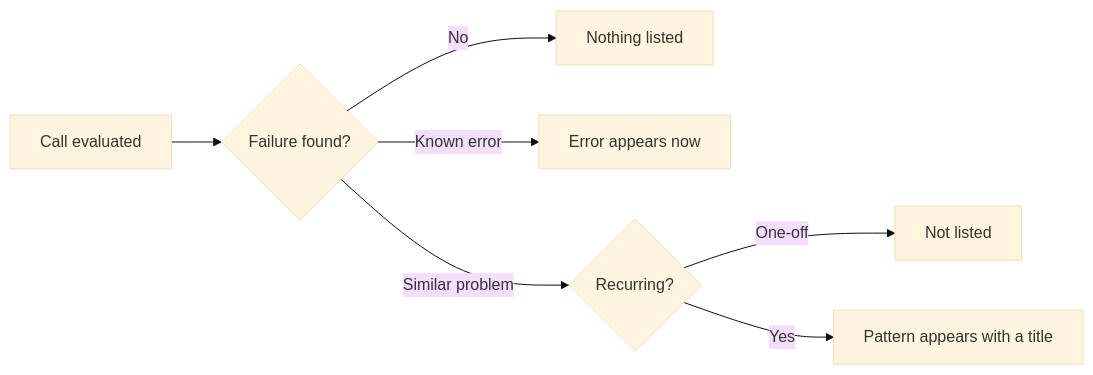
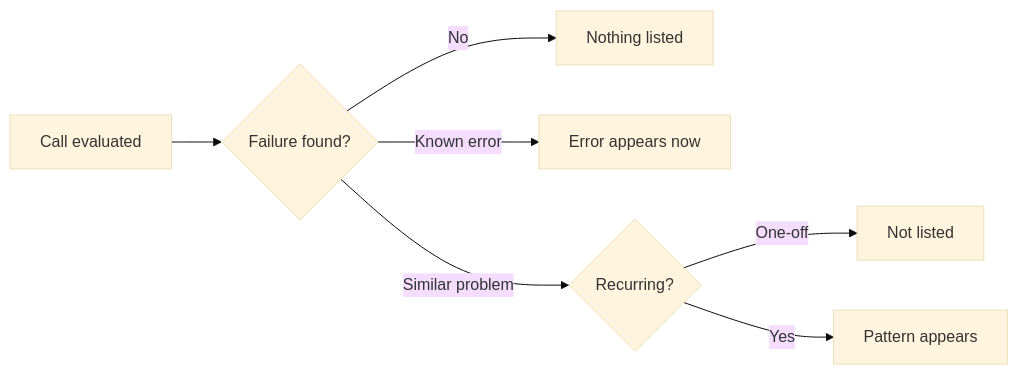
The diagram in key-concepts/issues/overview.mdx (bluejay-ai-dev/docs), drawn with Mermaid (base theme) before and after one commit. The commit also changed other lines of this file and 2 other files, not shown here.

First line of the commit message:
Stop gating Pattern appearance on having a title.

````diff
--- a/key-concepts/issues/overview.mdx
+++ b/key-concepts/issues/overview.mdx
@@ -19,9 +19,9 @@
 ```mermaid
 flowchart LR
     Call[Call evaluated] --> Fail{Failure found?}
     Fail -->|No| Skip[Nothing listed]
     Fail -->|Known error| Error[Error appears now]
     Fail -->|Similar problem| Recur{Recurring?}
     Recur -->|One-off| Hidden[Not listed]
-    Recur -->|Yes| Pattern[Pattern appears with a title]
+    Recur -->|Yes| Pattern[Pattern appears]
 ```
````
